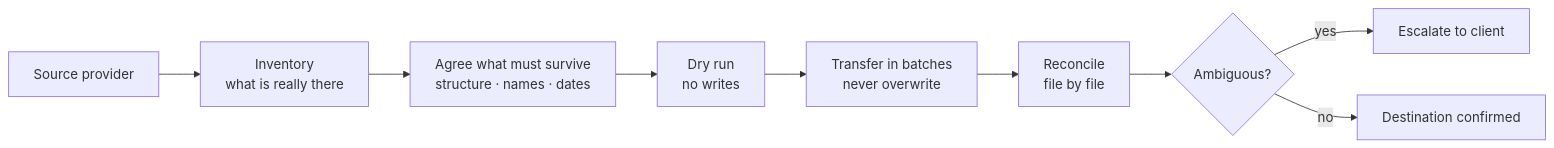
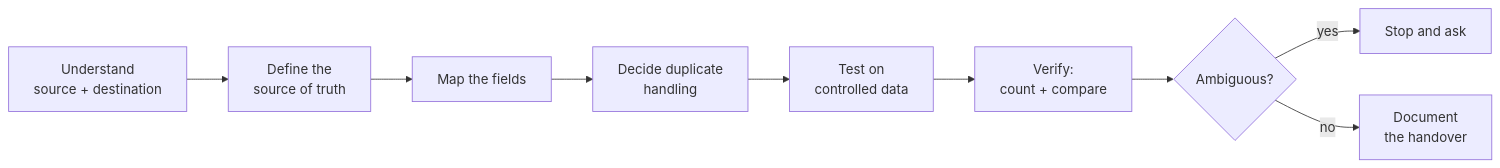
Before and after one commit to skmalikllc/automation-portfolio: the second of 2 diagrams in README.md, drawn with Mermaid. The commit also changed other lines of this file, not shown here.

Commit message:
Fix diagram rendering: 2 summary diagrams

````diff
--- a/README.md
+++ b/README.md
@@ -248,11 +355,11 @@
 ```mermaid
 flowchart LR
-  A["Source provider"] --> B["Inventory<br/>what is really there"]
-  B --> C["Agree what must survive<br/>structure · names · dates"]
-  C --> D["Dry run<br/>no writes"]
-  D --> E["Transfer in batches<br/>never overwrite"]
-  E --> F["Reconcile<br/>file by file"]
+  A["Understand<br/>source + destination"] --> B["Define the<br/>source of truth"]
+  B --> C["Map the fields"]
+  C --> D["Decide duplicate<br/>handling"]
+  D --> E["Test on<br/>controlled data"]
+  E --> F["Verify:<br/>count + compare"]
   F --> G{"Ambiguous?"}
-  G -- yes --> H["Escalate to client"]
-  G -- no --> I["Destination confirmed"]
+  G -- yes --> H["Stop and ask"]
+  G -- no --> I["Document<br/>the handover"]
 ```
````
